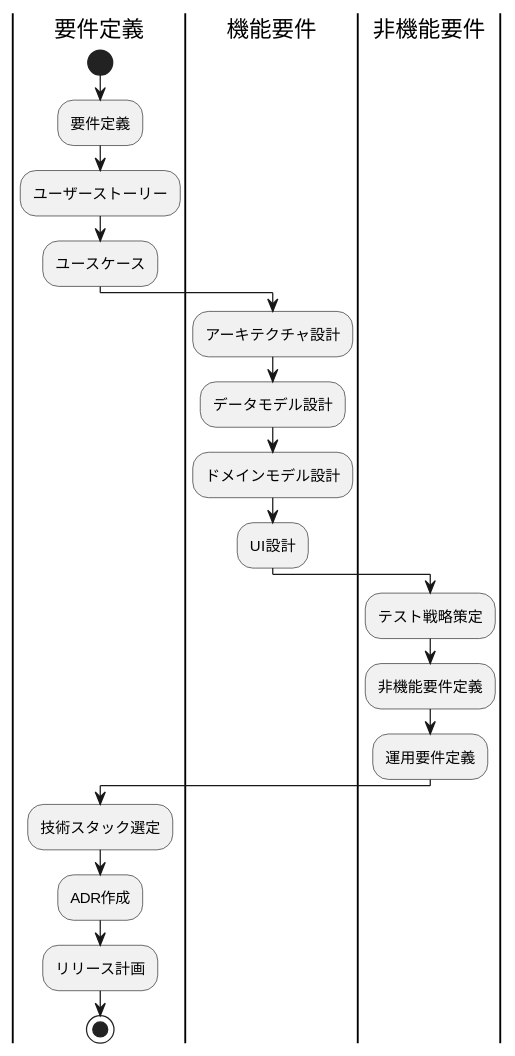
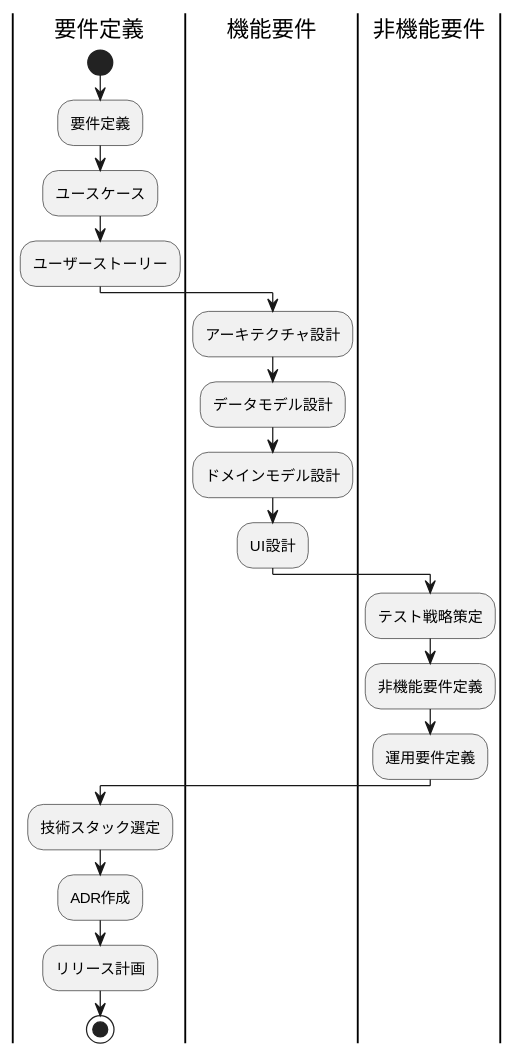
Before and after one commit to k2works/ai-programing-exercise: the second of 12 diagrams in docs/reference/開発ガイド.md, drawn with PlantUML. The commit also changed other lines of this file and 12 other files, not shown here.

````diff
--- a/docs/reference/開発ガイド.md
+++ b/docs/reference/開発ガイド.md
@@ -40,28 +40,28 @@
 ```plantuml
 @startuml "Phase 1"
 |要件定義|
 start
 :要件定義;
+:ユースケース;
 :ユーザーストーリー;
-:ユースケース;
 
 |機能要件|
 :アーキテクチャ設計;
 :データモデル設計;
 :ドメインモデル設計;
 :UI設計;
 
 |非機能要件|
 :テスト戦略策定;
 :非機能要件定義;
 :運用要件定義;
 
 |要件定義|
 :技術スタック選定;
 :ADR作成;
 :リリース計画;
 
 stop
 
 @enduml
 ```
````
